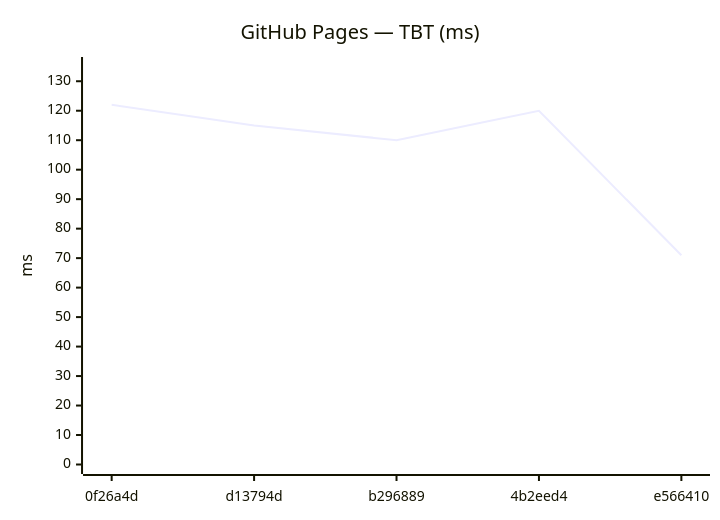
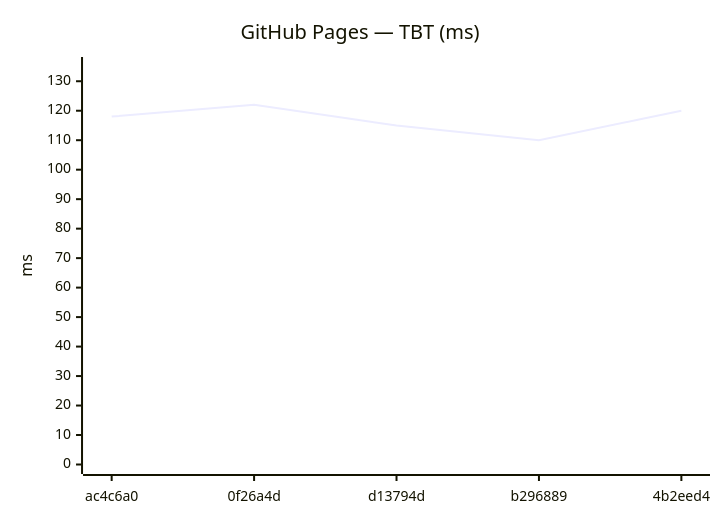
Before and after one commit to Metaheurist/Rianell: the tenth of 18 diagrams in benchmarks/compare.md, drawn with Mermaid. The commit also changed other lines of this file and 11 other files, not shown here.

````diff
--- a/benchmarks/compare.md
+++ b/benchmarks/compare.md
@@ -149,7 +149,7 @@
 ```mermaid
 xychart-beta
     title "GitHub Pages — TBT (ms)"
-    x-axis ["0f26a4d", "d13794d", "b296889", "4b2eed4", "e566410"]
+    x-axis ["ac4c6a0", "0f26a4d", "d13794d", "b296889", "4b2eed4"]
     y-axis "ms" 0 --> 135
-    line [122, 115, 110, 120, 71]
+    line [118, 122, 115, 110, 120]
 ```
````
